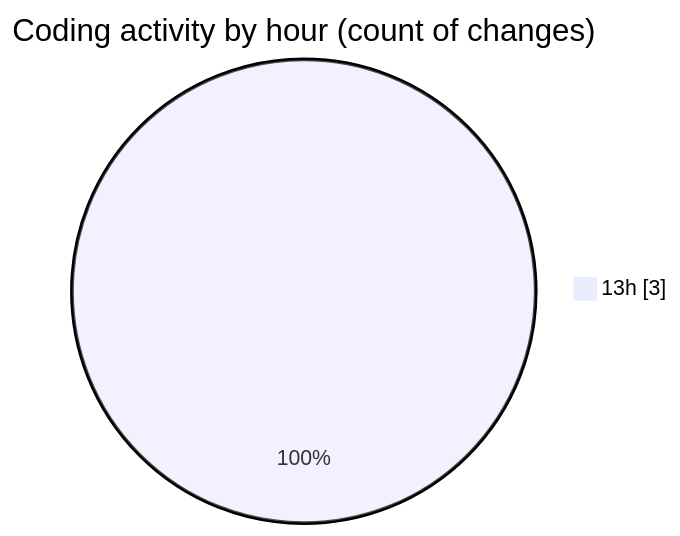
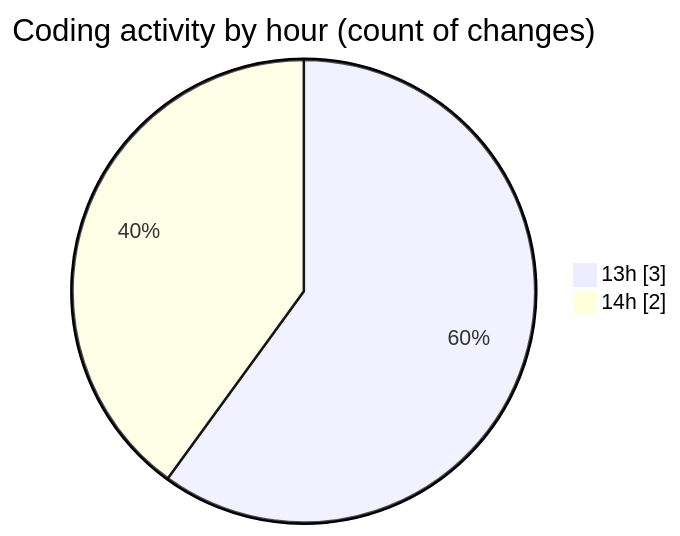
The second of 2 diagrams in 2025-05-19/cancelacionsegurosvida/README.md (jcpc91/code-tracking), drawn with Mermaid before and after one commit. The commit also changed other lines of this file and 1 other file, not shown here.

````diff
--- a/2025-05-19/cancelacionsegurosvida/README.md
+++ b/2025-05-19/cancelacionsegurosvida/README.md
@@ -28,5 +30,6 @@
 ```mermaid
 pie showData
 title Coding activity by hour (count of changes)
 "13h" : 3
+"14h" : 2
 ```
````
